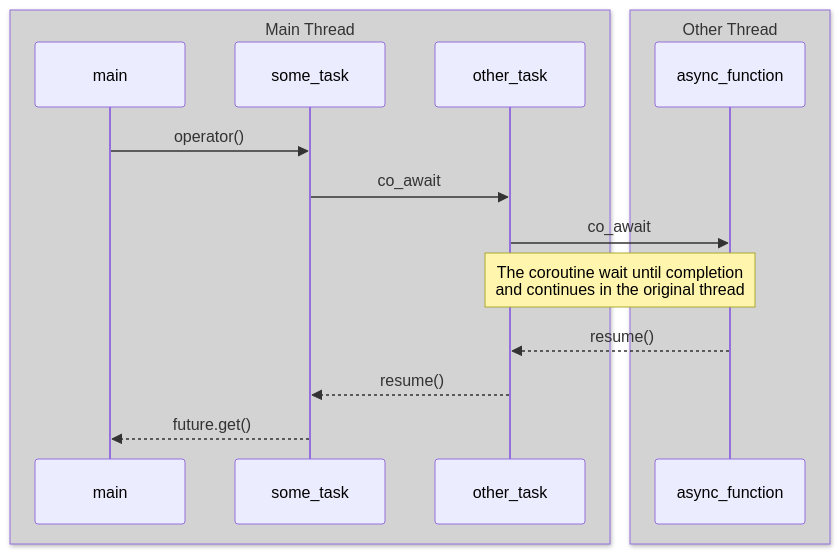
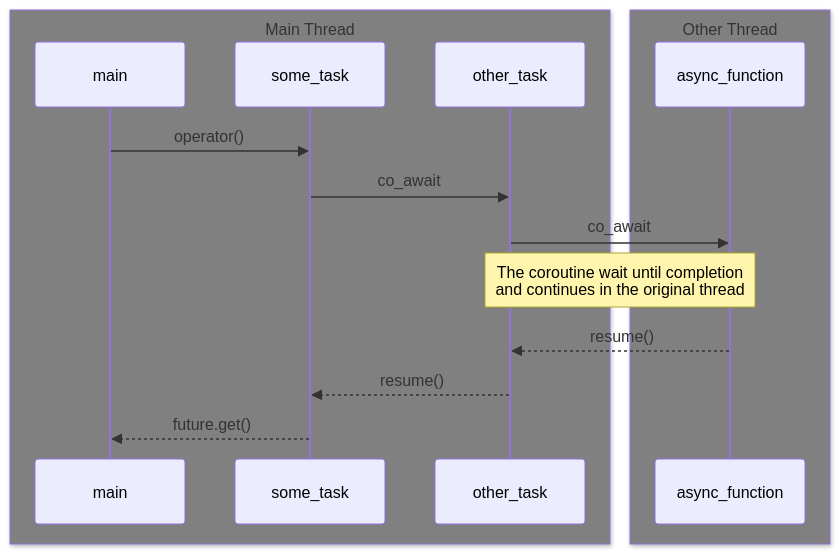
Before and after one commit to lazy-coders/lzc-coro: the diagram in README.md, drawn with Mermaid.

````diff
--- a/README.md
+++ b/README.md
@@ -15,18 +15,18 @@
 ```mermaid
 sequenceDiagram
-    box LightGrey Main Thread
+    box Grey Main Thread
         participant main
         participant some_task
         participant other_task
     end
-    box LightGrey  Other Thread
+    box Grey  Other Thread
         participant async_function
     end
     main->>some_task: operator()
     some_task->>other_task: co_await
     other_task->>async_function: co_await
     Note over other_task,async_function: The coroutine wait until completion<br/>and continues in the original thread
     async_function-->>other_task:resume()
     other_task-->>some_task:resume()
     some_task-->>main:future.get()
 ```
````
